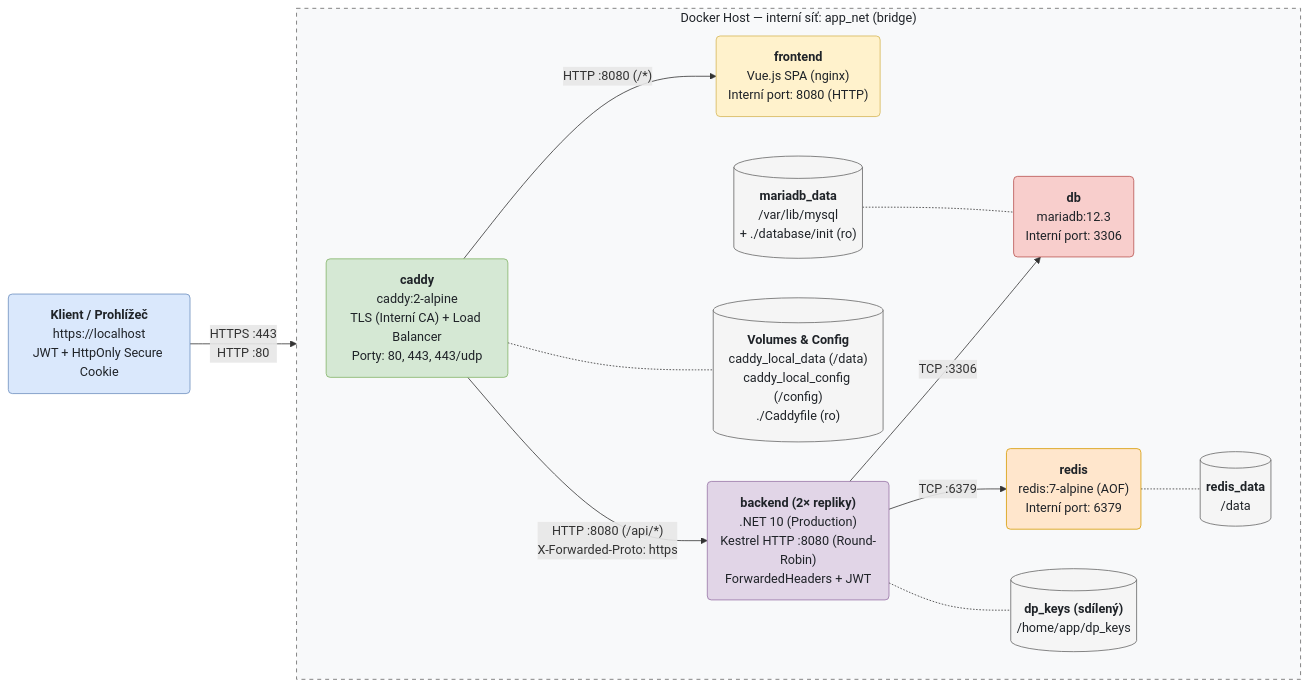
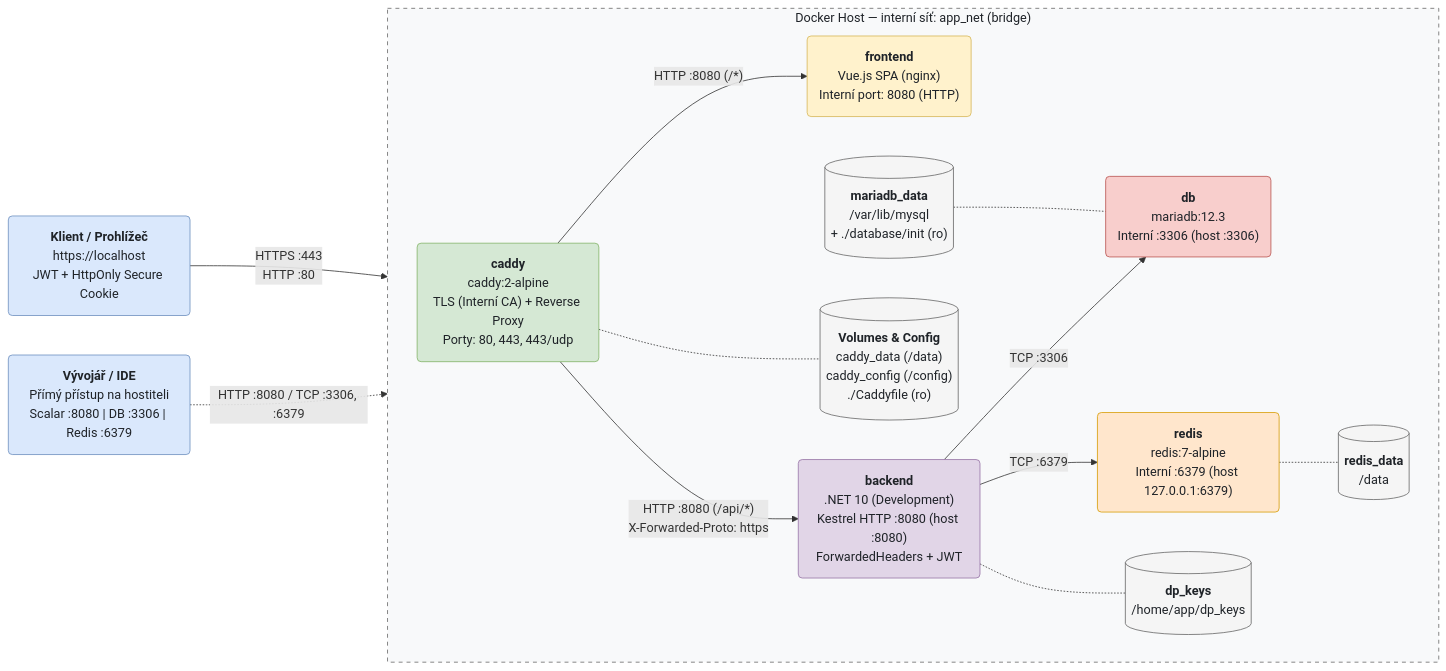
Before and after one commit to Trpkadev/NNPRO: the third of 4 diagrams in README.md, drawn with Mermaid. The commit also changed other lines of this file and 10 other files, not shown here.

````diff
--- a/README.md
+++ b/README.md
@@ -149,39 +131,41 @@
 ```mermaid
 flowchart LR
     client("<b>Klient / Prohlížeč</b><br/>https://localhost<br/>JWT + HttpOnly Secure Cookie"):::client
+    ide("<b>Vývojář / IDE</b><br/>Přímý přístup na hostiteli<br/>Scalar :8080 | DB :3306 | Redis :6379"):::client
 
     subgraph app_net["Docker Host — interní síť: app_net (bridge)"]
         direction LR
-        caddy("<b>caddy</b><br/>caddy:2-alpine<br/>TLS (Interní CA) + Load Balancer<br/>Porty: 80, 443, 443/udp"):::caddy
+        caddy("<b>caddy</b><br/>caddy:2-alpine<br/>TLS (Interní CA) + Reverse Proxy<br/>Porty: 80, 443, 443/udp"):::caddy
         frontend("<b>frontend</b><br/>Vue.js SPA (nginx)<br/>Interní port: 8080 (HTTP)"):::frontend
-        backend("<b>backend (2× repliky)</b><br/>.NET 10 (Production)<br/>Kestrel HTTP :8080 (Round-Robin)<br/>ForwardedHeaders + JWT"):::backend
-        db("<b>db</b><br/>mariadb:12.3<br/>Interní port: 3306"):::db
-        redis("<b>redis</b><br/>redis:7-alpine (AOF)<br/>Interní port: 6379"):::redis
+        backend("<b>backend</b><br/>.NET 10 (Development)<br/>Kestrel HTTP :8080 (host :8080)<br/>ForwardedHeaders + JWT"):::backend
+        db("<b>db</b><br/>mariadb:12.3<br/>Interní :3306 (host :3306)"):::db
+        redis("<b>redis</b><br/>redis:7-alpine<br/>Interní :6379 (host 127.0.0.1:6379)"):::redis
 
-        caddy_vol[("<b>Volumes & Config</b><br/>caddy_local_data (/data)<br/>caddy_local_config (/config)<br/>./Caddyfile (ro)")]:::vol
-        dp_keys[("<b>dp_keys (sdílený)</b><br/>/home/app/dp_keys")]:::vol
+        caddy_vol[("<b>Volumes & Config</b><br/>caddy_data (/data)<br/>caddy_config (/config)<br/>./Caddyfile (ro)")]:::vol
+        dp_keys[("<b>dp_keys</b><br/>/home/app/dp_keys")]:::vol
         mariadb_data[("<b>mariadb_data</b><br/>/var/lib/mysql<br/>+ ./database/init (ro)")]:::vol
         redis_data[("<b>redis_data</b><br/>/data")]:::vol
 
         caddy -->|"HTTP :8080 (/*)"| frontend
         caddy -->|"HTTP :8080 (/api/*)<br/>X-Forwarded-Proto: https"| backend
         backend -->|"TCP :3306"| db
         backend -->|"TCP :6379"| redis
 
         caddy -.- caddy_vol
         backend -.- dp_keys
         mariadb_data -.- db
         redis -.- redis_data
     end
 
     client -->|"HTTPS :443<br/>HTTP :80"| caddy
+    ide -.->|"HTTP :8080 / TCP :3306, :6379"| backend
 
     style app_net fill:#f8f9fa,stroke:#666666,stroke-dasharray: 5 5,color:#1f2328
     classDef client fill:#dae8fc,stroke:#6c8ebf,color:#1f2328
     classDef caddy fill:#d5e8d4,stroke:#82b366,color:#1f2328
     classDef frontend fill:#fff2cc,stroke:#d6b656,color:#1f2328
     classDef backend fill:#e1d5e7,stroke:#9673a6,color:#1f2328
     classDef db fill:#f8cecc,stroke:#b85450,color:#1f2328
     classDef redis fill:#ffe6cc,stroke:#d79b00,color:#1f2328
     classDef vol fill:#f5f5f5,stroke:#666666,color:#1f2328
 ```
````
